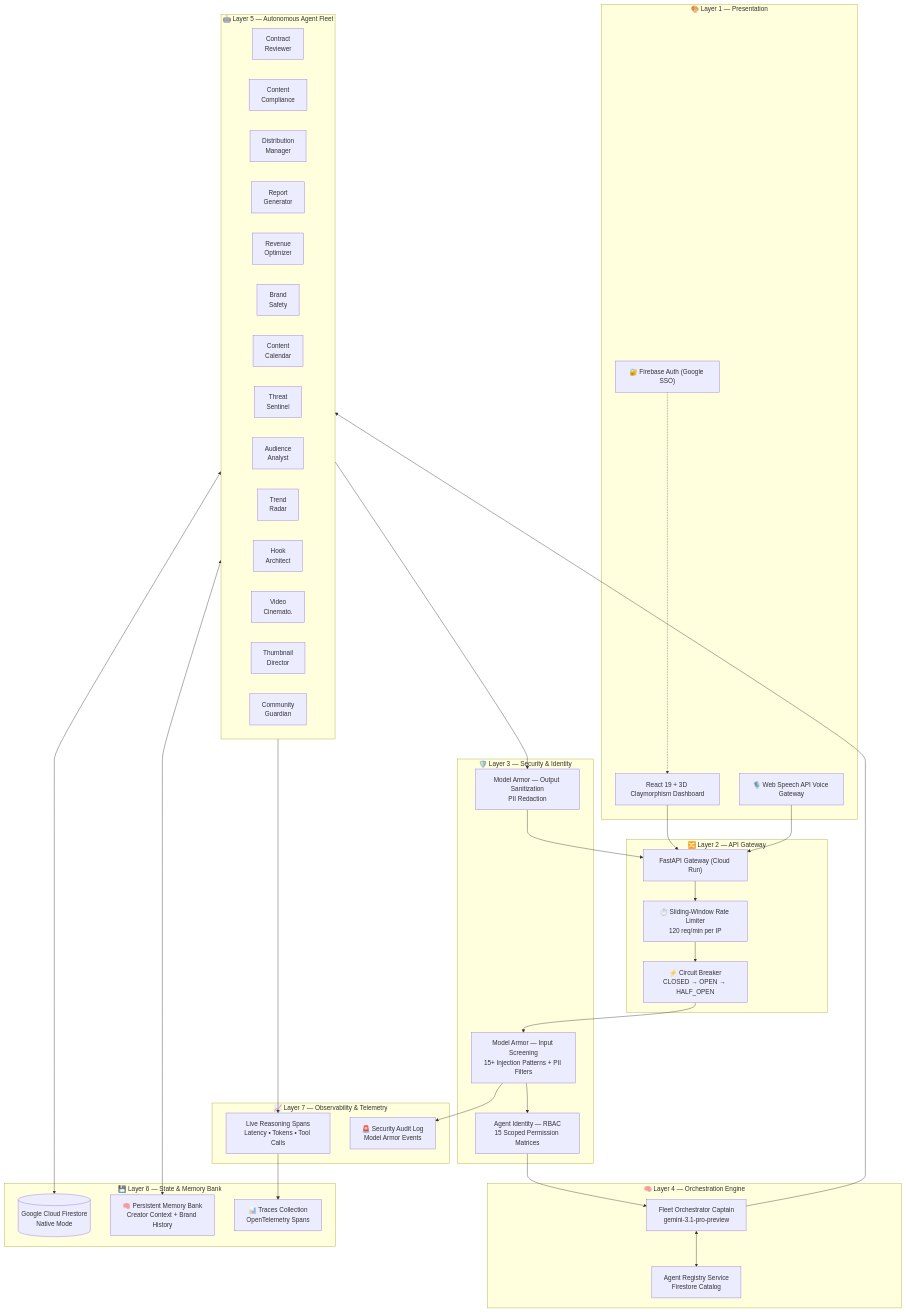
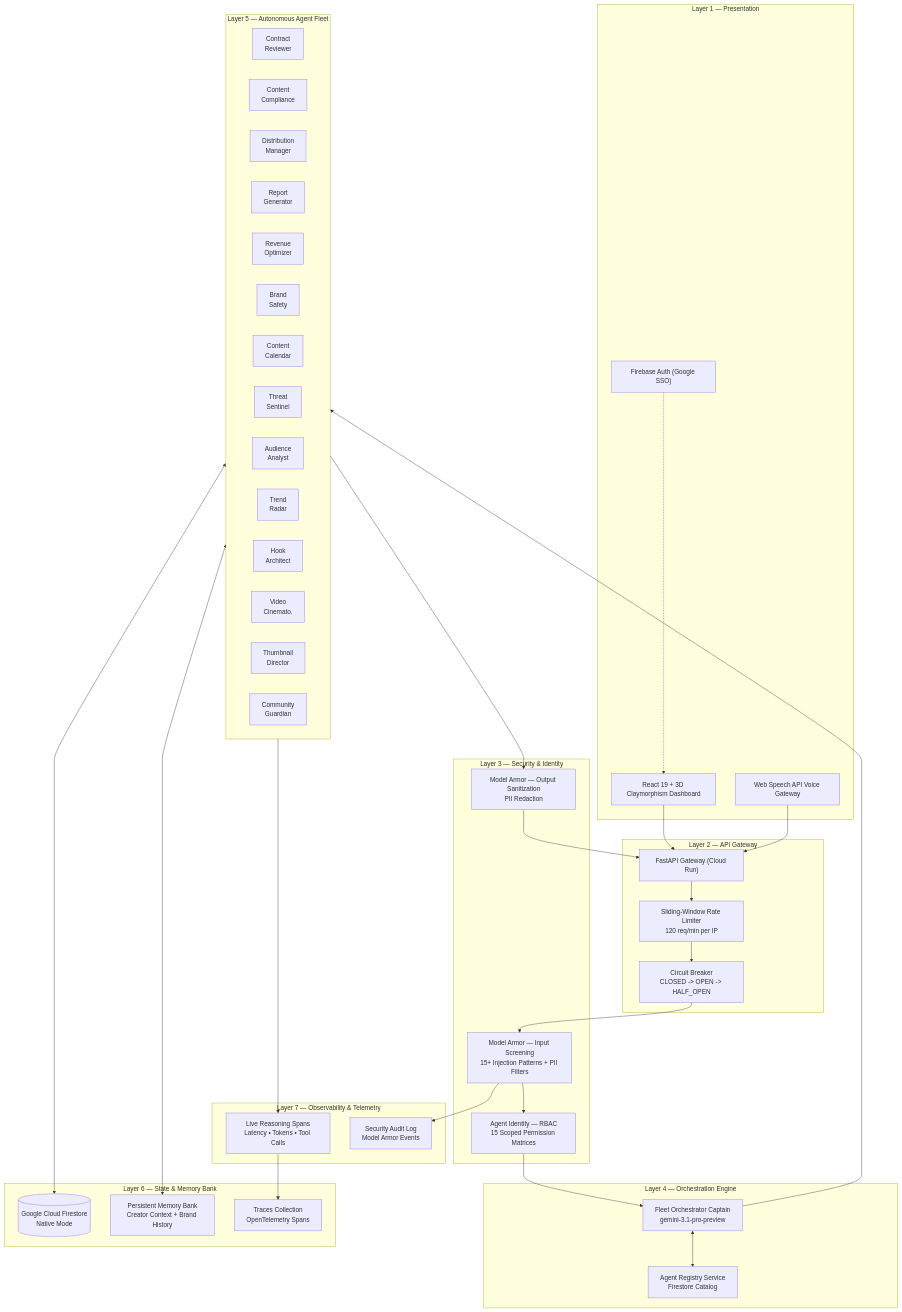
One commit to z-lovejeet/Crewmate changed the third of 6 diagrams in README.md. Above: the diagram before and after it, drawn with Mermaid. The commit also changed other lines of this file and 2 other files, not shown here.

````diff
--- a/README.md
+++ b/README.md
@@ -130,65 +160,65 @@
 ```mermaid
 flowchart TD
-    subgraph L1["🎨 Layer 1 — Presentation"]
+    subgraph L1["Layer 1 — Presentation"]
         UI["React 19 + 3D Claymorphism Dashboard"]
-        Voice["🎙️ Web Speech API Voice Gateway"]
-        Auth["🔐 Firebase Auth (Google SSO)"]
+        Voice["Web Speech API Voice Gateway"]
+        Auth["Firebase Auth (Google SSO)"]
     end
 
-    subgraph L2["🔀 Layer 2 — API Gateway"]
+    subgraph L2["Layer 2 — API Gateway"]
         GW["FastAPI Gateway (Cloud Run)"]
-        RL["⏱️ Sliding-Window Rate Limiter\n120 req/min per IP"]
-        CB["⚡ Circuit Breaker\nCLOSED → OPEN → HALF_OPEN"]
+        RL["Sliding-Window Rate Limiter\n120 req/min per IP"]
+        CB["Circuit Breaker\nCLOSED -> OPEN -> HALF_OPEN"]
     end
 
-    subgraph L3["🛡️ Layer 3 — Security & Identity"]
+    subgraph L3["Layer 3 — Security & Identity"]
         MA_IN["Model Armor — Input Screening\n15+ Injection Patterns + PII Filters"]
         RBAC["Agent Identity — RBAC\n15 Scoped Permission Matrices"]
         MA_OUT["Model Armor — Output Sanitization\nPII Redaction"]
     end
 
-    subgraph L4["🧠 Layer 4 — Orchestration Engine"]
+    subgraph L4["Layer 4 — Orchestration Engine"]
         ORCH["Fleet Orchestrator Captain\ngemini-3.1-pro-preview"]
         REG["Agent Registry Service\nFirestore Catalog"]
     end
 
-    subgraph L5["🤖 Layer 5 — Autonomous Agent Fleet"]
+    subgraph L5["Layer 5 — Autonomous Agent Fleet"]
         direction LR
         A1["Contract\nReviewer"]
         A2["Content\nCompliance"]
         A3["Distribution\nManager"]
         A4["Report\nGenerator"]
         A5["Revenue\nOptimizer"]
         A6["Brand\nSafety"]
         A7["Content\nCalendar"]
         A8["Threat\nSentinel"]
         A9["Audience\nAnalyst"]
         A10["Trend\nRadar"]
         A11["Hook\nArchitect"]
         A12["Video\nCinemato."]
         A13["Thumbnail\nDirector"]
         A14["Community\nGuardian"]
     end
 
-    subgraph L6["💾 Layer 6 — State & Memory Bank"]
+    subgraph L6["Layer 6 — State & Memory Bank"]
         FS[("Google Cloud Firestore\nNative Mode")]
-        MEM["🧠 Persistent Memory Bank\nCreator Context + Brand History"]
-        TRACES["📊 Traces Collection\nOpenTelemetry Spans"]
+        MEM["Persistent Memory Bank\nCreator Context + Brand History"]
+        TRACES["Traces Collection\nOpenTelemetry Spans"]
     end
 
-    subgraph L7["📈 Layer 7 — Observability & Telemetry"]
+    subgraph L7["Layer 7 — Observability & Telemetry"]
         OTEL["Live Reasoning Spans\nLatency • Tokens • Tool Calls"]
-        AUDIT["🚨 Security Audit Log\nModel Armor Events"]
+        AUDIT["Security Audit Log\nModel Armor Events"]
     end
 
     UI & Voice --> GW
     Auth -.-> UI
     GW --> RL --> CB --> MA_IN
     MA_IN --> RBAC --> ORCH
     ORCH <--> REG
     ORCH --> L5
     L5 <--> FS & MEM
     L5 --> MA_OUT --> GW
     L5 --> OTEL --> TRACES
     MA_IN --> AUDIT
 ```
````
